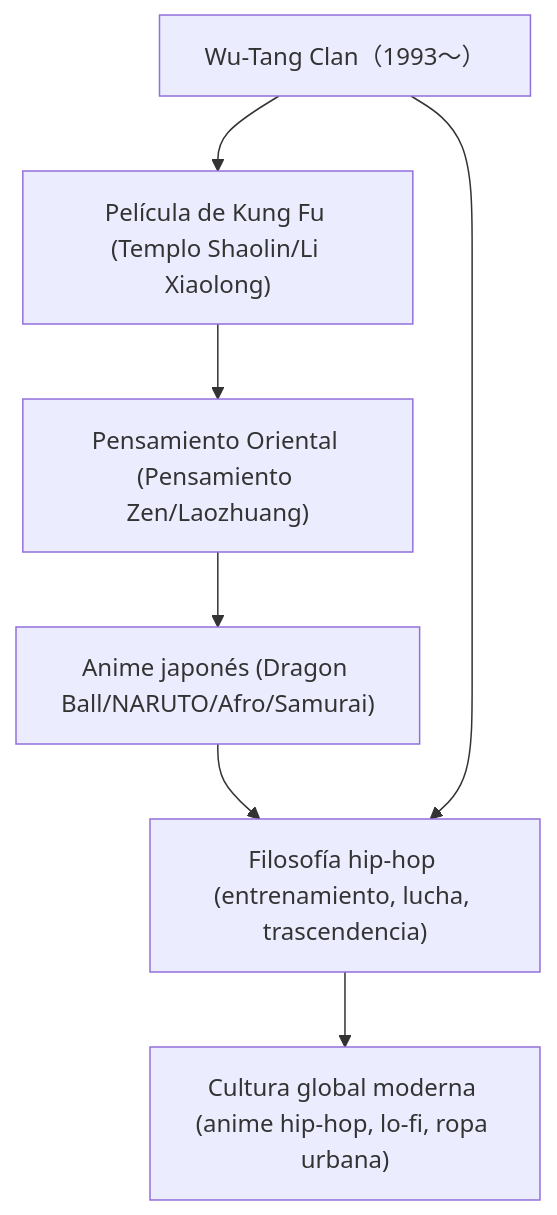
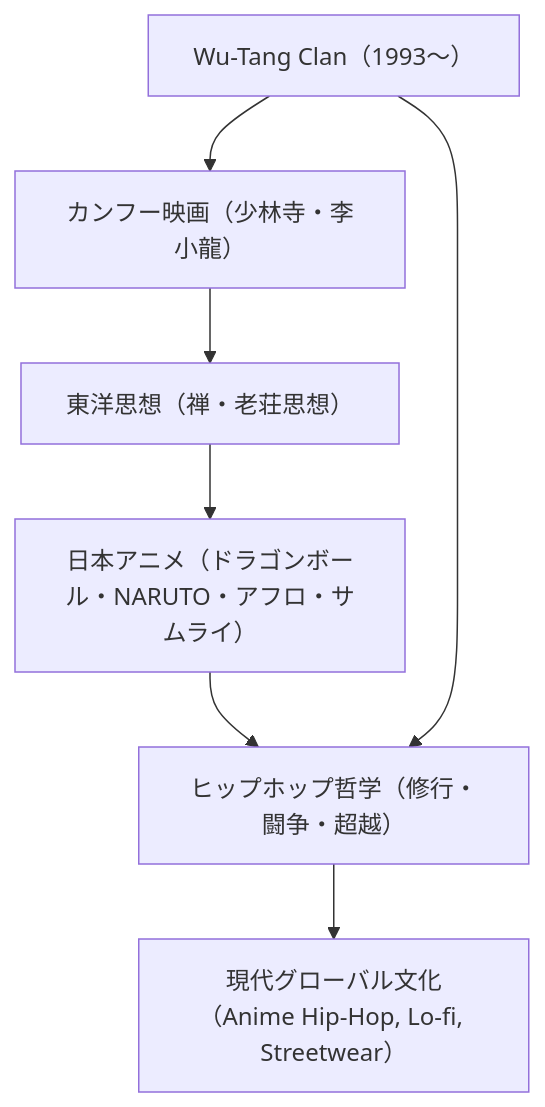
The second of 2 diagrams in es/_posts/2025-10-26-column-wu-tang-clan-anime.md (monumental-movement/monumental-movement.github.io), drawn with Mermaid before and after one commit. The commit also changed other lines of this file and 299 other files, not shown here.

```diff
--- a/es/_posts/2025-10-26-column-wu-tang-clan-anime.md
+++ b/es/_posts/2025-10-26-column-wu-tang-clan-anime.md
@@ -163,19 +163,19 @@
 <div class="mermaid">
 
 flowchart TD
     A["Wu-Tang Clan（1993〜）"]
-    B["Película de Kung Fu (Templo Shaolin/Li Xiaolong)"]
-    C["Pensamiento Oriental (Pensamiento Zen/Laozhuang)"]
-    D["Anime japonés (Dragon Ball/NARUTO/Afro/Samurai)"]
-    E["Filosofía hip-hop (entrenamiento, lucha, trascendencia)"]
-    F["Cultura global moderna (anime hip-hop, lo-fi, ropa urbana)"]
+    B["カンフー映画（少林寺・李小龍）"]
+    C["東洋思想（禅・老荘思想）"]
+    D["日本アニメ（ドラゴンボール・NARUTO・アフロ・サムライ）"]
+    E["ヒップホップ哲学（修行・闘争・超越）"]
+    F["現代グローバル文化（Anime Hip-Hop, Lo-fi, Streetwear）"]
 
     A --> B
     B --> C
     C --> D
     D --> E
     A --> E
     E --> F
 
 
 </div>
```
